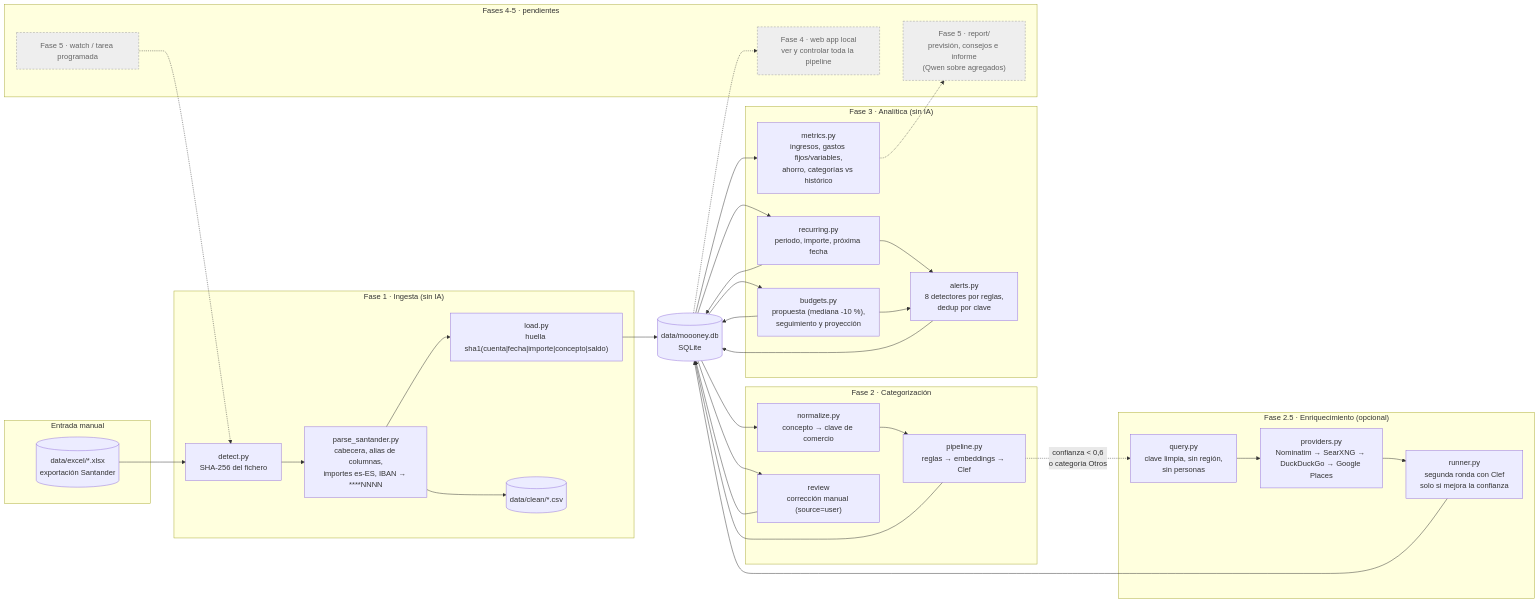
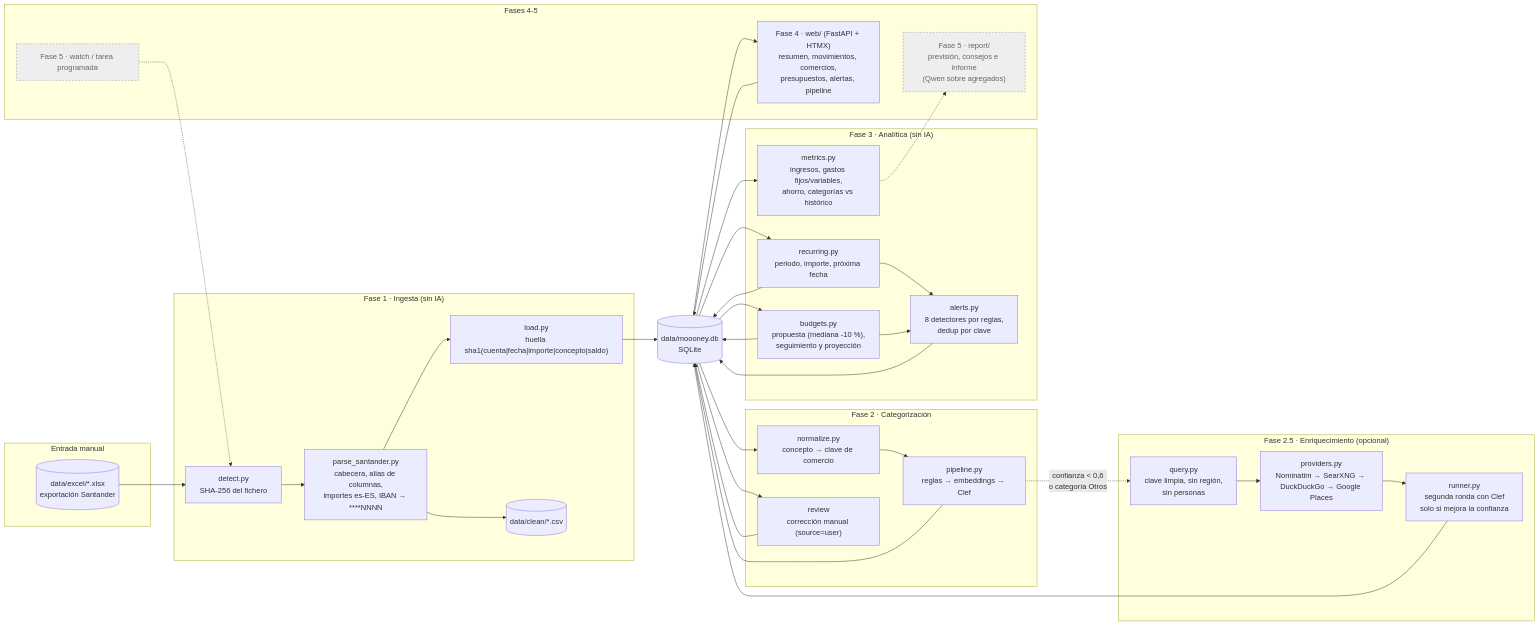
Before and after one commit to scavero/moooney: the first of 4 diagrams in docs/ARQUITECTURA.md, drawn with Mermaid. The commit also changed other lines of this file and 32 other files, not shown here.

First line of the commit message:
feat: fase 4, interfaz web local (FastAPI + Jinja + HTMX) y demo sintetica

````diff
--- a/docs/ARQUITECTURA.md
+++ b/docs/ARQUITECTURA.md
@@ -12,57 +12,57 @@
 ```mermaid
 flowchart LR
     subgraph entrada["Entrada manual"]
         XLSX[("data/excel/*.xlsx<br/>exportación Santander")]
     end
 
     subgraph f1["Fase 1 · Ingesta (sin IA)"]
         DETECT["detect.py<br/>SHA-256 del fichero"]
         PARSE["parse_santander.py<br/>cabecera, alias de columnas,<br/>importes es-ES, IBAN → ****NNNN"]
         LOAD["load.py<br/>huella sha1(cuenta|fecha|importe|concepto|saldo)"]
         CSV[("data/clean/*.csv")]
     end
 
     subgraph f2["Fase 2 · Categorización"]
         NORM["normalize.py<br/>concepto → clave de comercio"]
         CASCADE["pipeline.py<br/>reglas → embeddings → Clef"]
         REVIEW["review<br/>corrección manual (source=user)"]
     end
 
     subgraph f25["Fase 2.5 · Enriquecimiento (opcional)"]
         QUERY["query.py<br/>clave limpia, sin región,<br/>sin personas"]
         PROV["providers.py<br/>Nominatim → SearXNG → DuckDuckGo → Google Places"]
         ROUND2["runner.py<br/>segunda ronda con Clef<br/>solo si mejora la confianza"]
     end
 
     subgraph f3["Fase 3 · Analítica (sin IA)"]
         RECUR["recurring.py<br/>periodo, importe, próxima fecha"]
         METRICS["metrics.py<br/>ingresos, gastos fijos/variables,<br/>ahorro, categorías vs histórico"]
         BUDGET["budgets.py<br/>propuesta (mediana -10 %),<br/>seguimiento y proyección"]
         ALERTS["alerts.py<br/>8 detectores por reglas,<br/>dedup por clave"]
     end
 
-    subgraph f45["Fases 4-5 · pendientes"]
-        GUI["Fase 4 · web app local<br/>ver y controlar toda la pipeline"]:::todo
+    subgraph f45["Fases 4-5"]
+        GUI["Fase 4 · web/ (FastAPI + HTMX)<br/>resumen, movimientos, comercios,<br/>presupuestos, alertas, pipeline"]
         REPORT["Fase 5 · report/<br/>previsión, consejos e informe<br/>(Qwen sobre agregados)"]:::todo
         WATCH["Fase 5 · watch / tarea programada"]:::todo
     end
 
     DB[("data/moooney.db<br/>SQLite")]
 
     XLSX --> DETECT --> PARSE --> LOAD
     PARSE --> CSV
     LOAD --> DB
     DB --> NORM --> CASCADE --> DB
     DB --> REVIEW --> DB
     CASCADE -. "confianza < 0,6<br/>o categoría Otros" .-> QUERY --> PROV --> ROUND2 --> DB
     DB --> RECUR --> DB
     DB --> METRICS
     DB --> BUDGET --> DB
     RECUR --> ALERTS
     BUDGET --> ALERTS --> DB
-    DB -.-> GUI
+    DB --> GUI --> DB
     METRICS -.-> REPORT
     WATCH -.-> DETECT
 
     classDef todo fill:#eee,stroke:#999,color:#666,stroke-dasharray: 4 3
 ```
````
